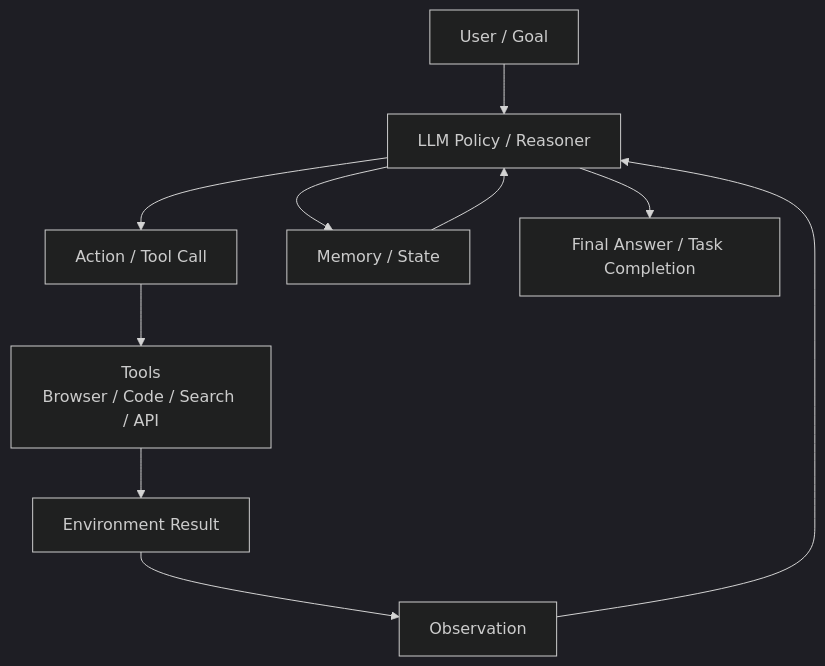
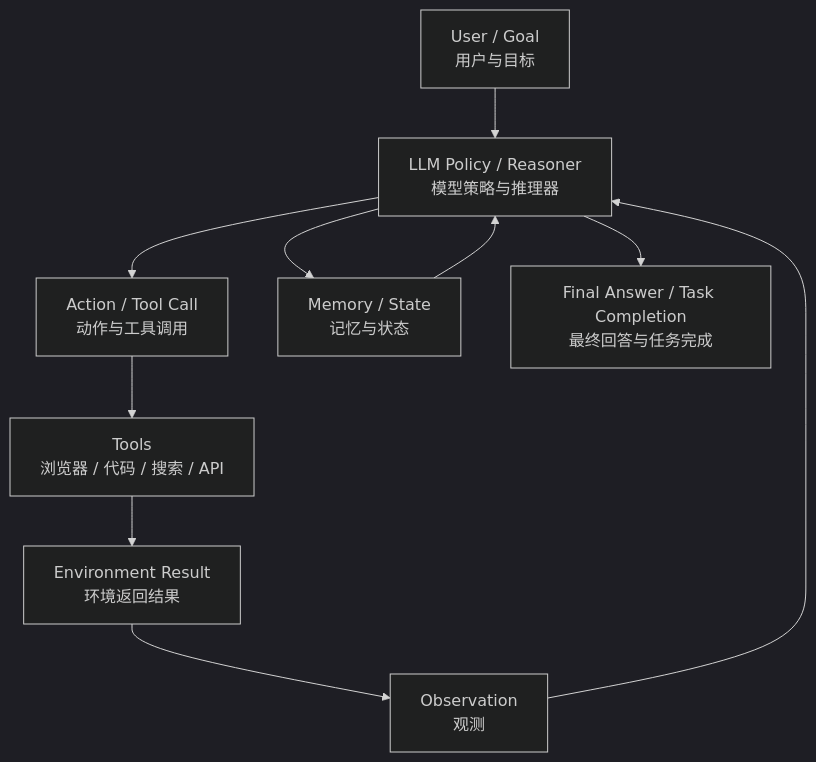
Before and after one commit to Yukun-Zheng/LLM-development: the tenth of 12 diagrams in figures/README.md, drawn with Mermaid (dark theme). The commit also changed other lines of this file, not shown here.

Commit message:
docs: localize figure labels with Chinese

````diff
--- a/figures/README.md
+++ b/figures/README.md
@@ -256,12 +256,12 @@
 ```mermaid
 flowchart TD
-    U[User / Goal] --> M[LLM Policy / Reasoner]
-    M --> A[Action / Tool Call]
-    A --> T[Tools\nBrowser / Code / Search / API]
-    T --> E[Environment Result]
-    E --> O[Observation]
+    U[User / Goal<br/>用户与目标] --> M[LLM Policy / Reasoner<br/>模型策略与推理器]
+    M --> A[Action / Tool Call<br/>动作与工具调用]
+    A --> T[Tools<br/>浏览器 / 代码 / 搜索 / API]
+    T --> E[Environment Result<br/>环境返回结果]
+    E --> O[Observation<br/>观测]
     O --> M
-    M --> MEM[Memory / State]
+    M --> MEM[Memory / State<br/>记忆与状态]
     MEM --> M
-    M --> F[Final Answer / Task Completion]
+    M --> F[Final Answer / Task Completion<br/>最终回答与任务完成]
 ```
````
